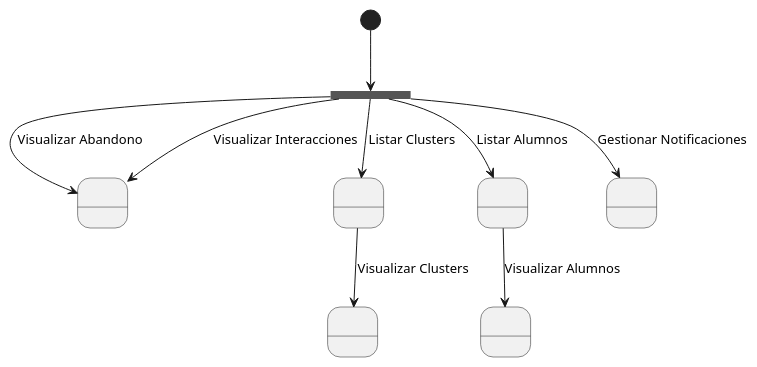
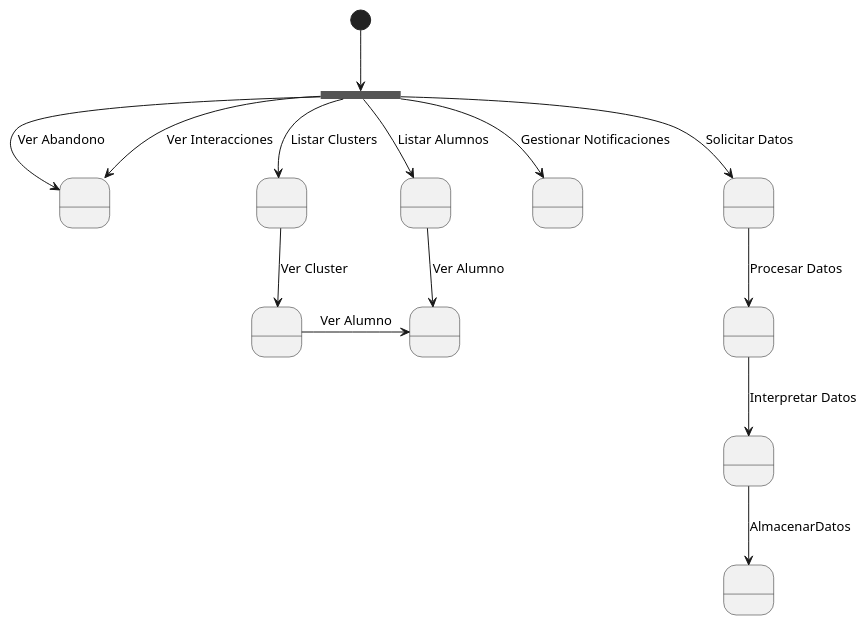
Before and after one commit to mmasias/IdSw1-22-23: the diagram in 000-entregas/Grupo1/CasosDeUso/Contexto.puml, drawn with PlantUML.

```diff
--- a/000-entregas/Grupo1/CasosDeUso/Contexto.puml
+++ b/000-entregas/Grupo1/CasosDeUso/Contexto.puml
@@ -1,26 +1,30 @@
 @startuml Contexto 
 
 State fork <<fork>>
 
-state VisualizarEstadisticas as " " <<state>>
-
-state VisualizarAlumnos as " " <<state>>
+state VerEstadisticas as " " <<state>>
+state VerAlumno as " " <<state>>
 state ListarClusters as " " <<state>>
 state ListarAlumnos as " " <<state>>
-state VisualizarClusters as " " <<state>>
+state VerCluster as " " <<state>>
 state GestionarNotificaciones as " " <<state>>
-
+state SoliciatarDatos as " " <<state>>
+state ProcesarDatos as " " <<state>>
+state InterpretarDatos as " " <<state>>
+state AlmacenarDatos as " " <<state>>
 [*] -d-> fork
-fork --> VisualizarEstadisticas : Visualizar Abandono
-fork --> VisualizarEstadisticas : Visualizar Interacciones
+fork --> VerEstadisticas : Ver Abandono
+fork --> VerEstadisticas : Ver Interacciones
 
 fork --> ListarAlumnos : Listar Alumnos
-ListarAlumnos --> VisualizarAlumnos : Visualizar Alumnos
+ListarAlumnos --> VerAlumno : Ver Alumno
 
 fork --> ListarClusters : Listar Clusters
-ListarClusters --> VisualizarClusters : Visualizar Clusters
-
+ListarClusters --> VerCluster : Ver Cluster
+VerCluster -> VerAlumno : Ver Alumno
 fork --> GestionarNotificaciones : Gestionar Notificaciones
-
-
+fork --> SoliciatarDatos : Solicitar Datos
+SoliciatarDatos --> ProcesarDatos : Procesar Datos
+ProcesarDatos --> InterpretarDatos : Interpretar Datos
+InterpretarDatos-->AlmacenarDatos : AlmacenarDatos
 @enduml
```
